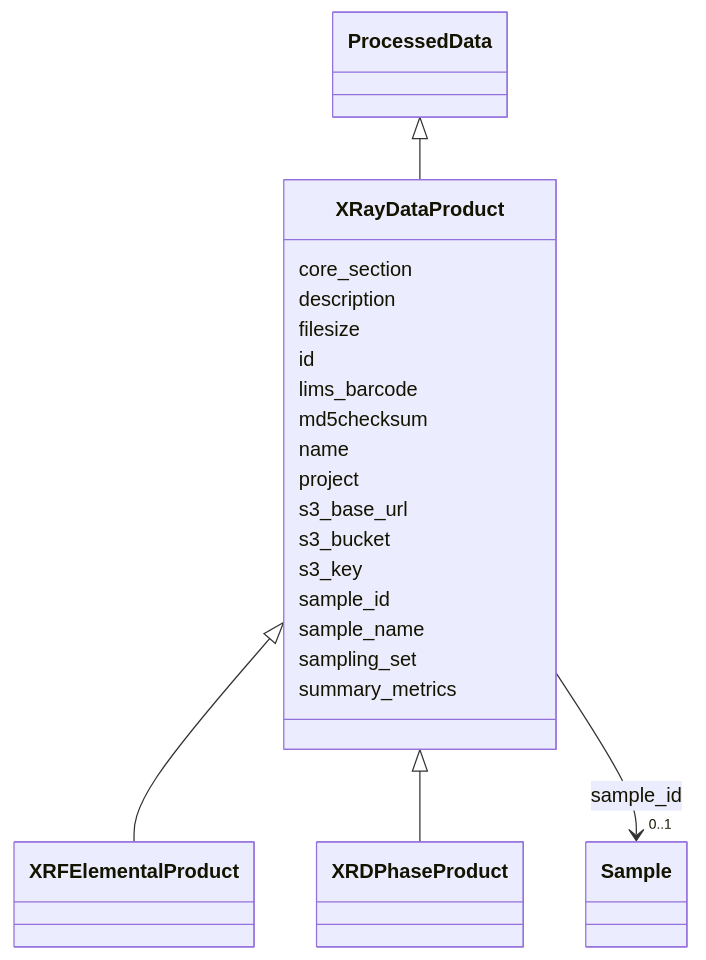
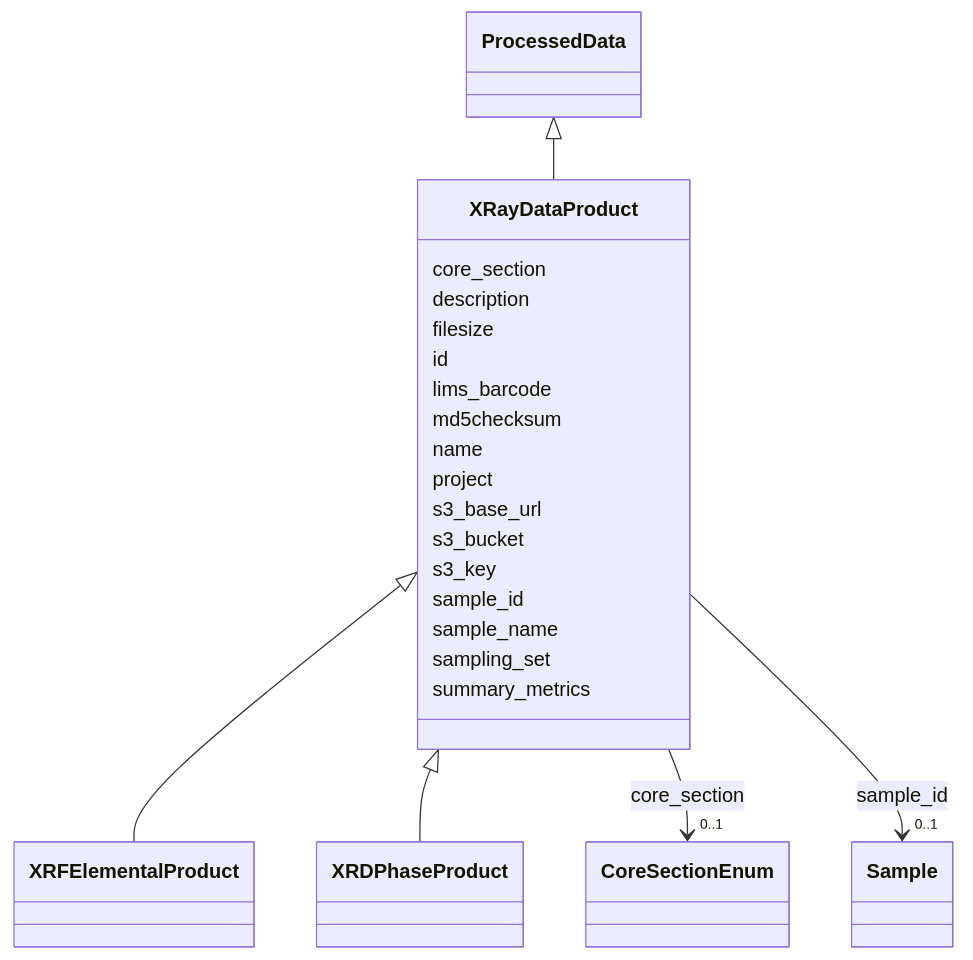
The diagram in docs/elements/XRayDataProduct.md (EMSL-Computing/BASALT-Schema), drawn with Mermaid before and after one commit. The commit also changed other lines of this file and 388 other files, not shown here.

````diff
--- a/docs/elements/XRayDataProduct.md
+++ b/docs/elements/XRayDataProduct.md
@@ -47,61 +47,71 @@
 ```mermaid
  classDiagram
     class XRayDataProduct
     click XRayDataProduct href "../XRayDataProduct"
       ProcessedData <|-- XRayDataProduct
         click ProcessedData href "../ProcessedData"
       
 
       XRayDataProduct <|-- XRFElementalProduct
         click XRFElementalProduct href "../XRFElementalProduct"
       XRayDataProduct <|-- XRDPhaseProduct
         click XRDPhaseProduct href "../XRDPhaseProduct"
       
       
       XRayDataProduct : core_section
+        
+          
+    
+    
+    
+    
+    XRayDataProduct --> "0..1" CoreSectionEnum : core_section
+    click CoreSectionEnum href "../CoreSectionEnum"
+    
+
         
       XRayDataProduct : description
         
       XRayDataProduct : filesize
         
       XRayDataProduct : id
         
           
     
     
 
         
       XRayDataProduct : lims_barcode
         
       XRayDataProduct : md5checksum
         
       XRayDataProduct : name
         
       XRayDataProduct : project
         
       XRayDataProduct : s3_base_url
         
       XRayDataProduct : s3_bucket
         
       XRayDataProduct : s3_key
         
       XRayDataProduct : sample_id
         
           
     
     
     
     
     XRayDataProduct --> "0..1" Sample : sample_id
     click Sample href "../Sample"
     
 
         
       XRayDataProduct : sample_name
         
       XRayDataProduct : sampling_set
         
       XRayDataProduct : summary_metrics
         
       
 ```
````
